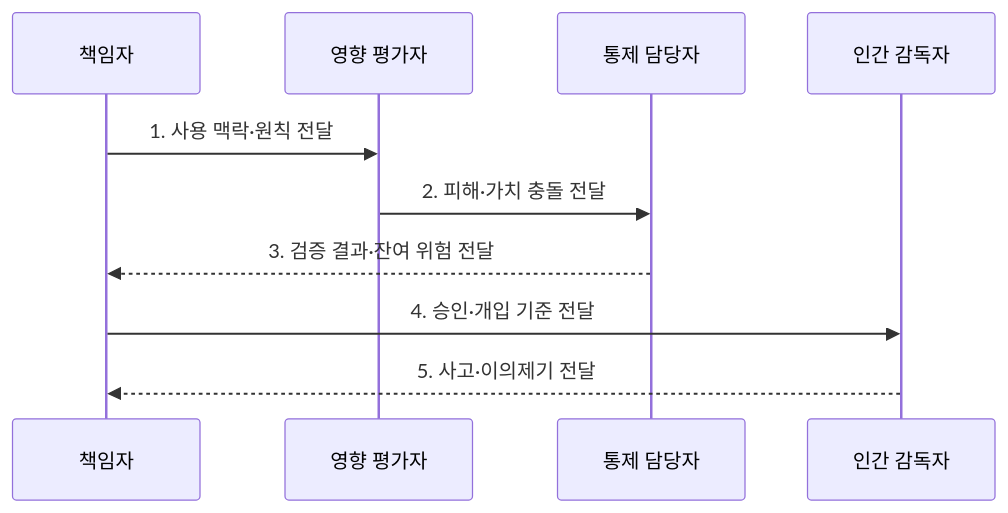
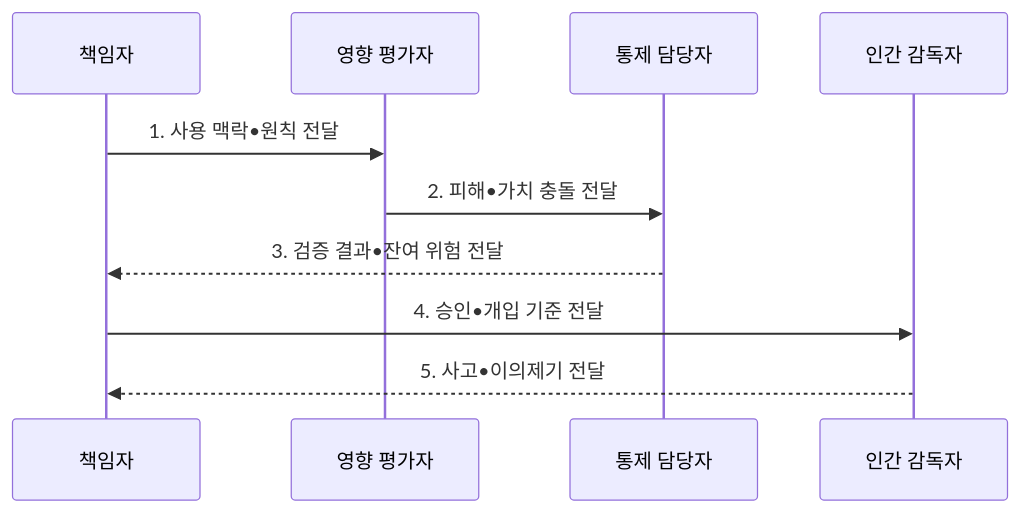
One commit to agnusdei1207/knowledge-base changed the second of 2 diagrams in src/content/docs/notes/08-latest-tech/103_responsible_ai.md. Above: the diagram before and after it, drawn with Mermaid. The commit also changed other lines of this file and 953 other files, not shown here.

````diff
--- a/src/content/docs/notes/08-latest-tech/103_responsible_ai.md
+++ b/src/content/docs/notes/08-latest-tech/103_responsible_ai.md
@@ -104,12 +104,12 @@
 ```mermaid
 sequenceDiagram
     participant O as 책임자
     participant A as 영향 평가자
     participant C as 통제 담당자
     participant M as 인간 감독자
-    O->>A: 1. 사용 맥락·원칙 전달
-    A->>C: 2. 피해·가치 충돌 전달
-    C-->>O: 3. 검증 결과·잔여 위험 전달
-    O->>M: 4. 승인·개입 기준 전달
-    M-->>O: 5. 사고·이의제기 전달
+    O->>A: 1. 사용 맥락•원칙 전달
+    A->>C: 2. 피해•가치 충돌 전달
+    C-->>O: 3. 검증 결과•잔여 위험 전달
+    O->>M: 4. 승인•개입 기준 전달
+    M-->>O: 5. 사고•이의제기 전달
 ```
````
